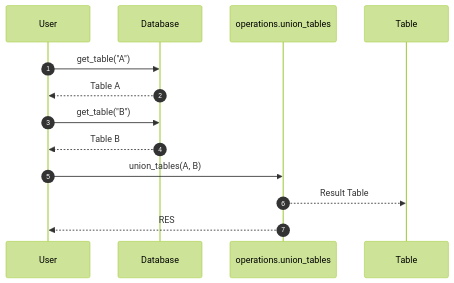
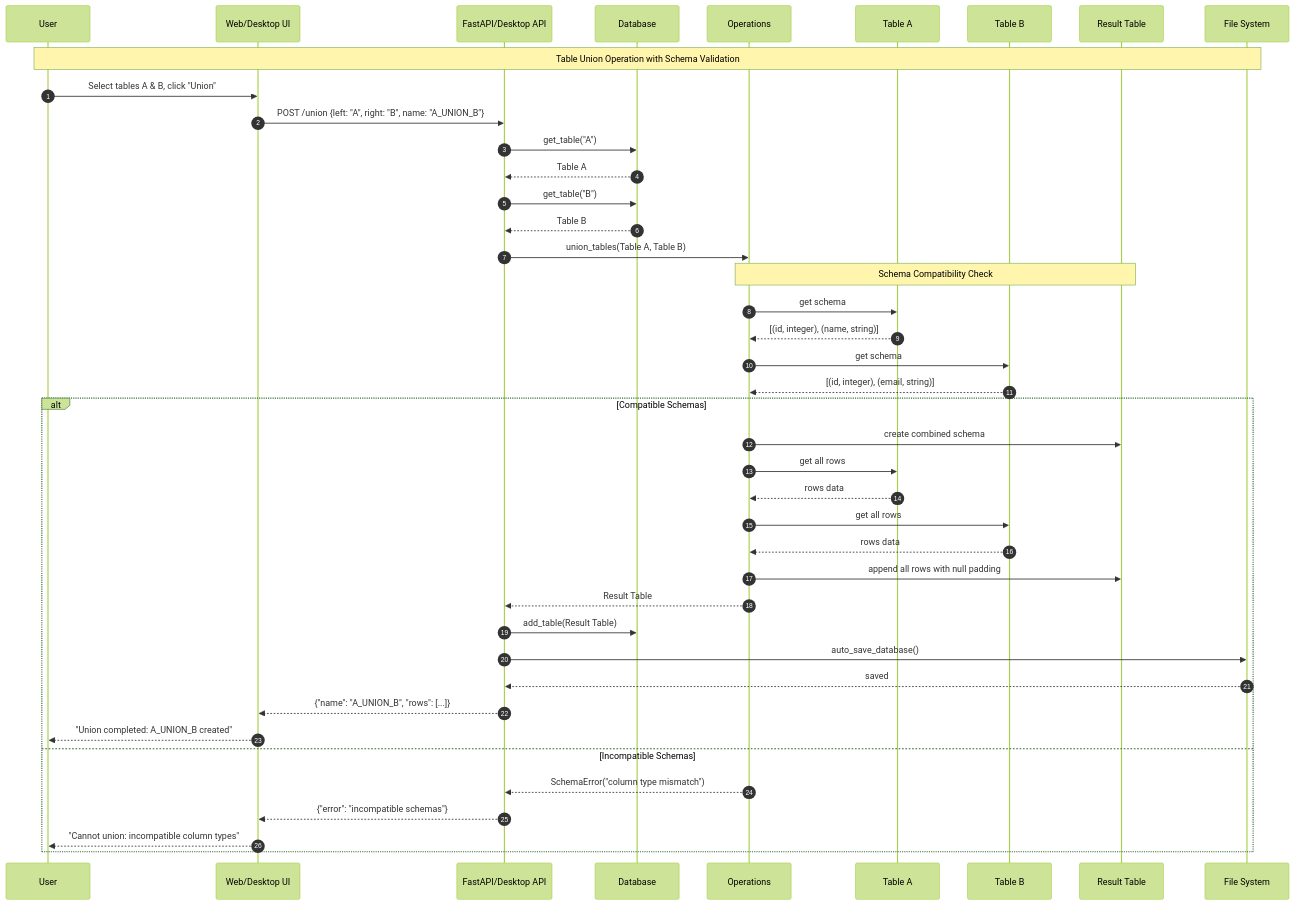
The diagram in docs/uml/sequence_union.mmd (PavelShpagin/TDMS), drawn with Mermaid (forest theme) before and after one commit. The commit also changed 31 other files, not shown here.

```diff
--- a/docs/uml/sequence_union.mmd
+++ b/docs/uml/sequence_union.mmd
@@ -1,14 +1,49 @@
 sequenceDiagram
     autonumber
     participant U as User
+    participant UI as Web/Desktop UI
+    participant API as FastAPI/Desktop API
     participant DB as Database
-    participant OP as operations.union_tables
-    participant RES as Table
+    participant OP as Operations
+    participant T1 as Table A
+    participant T2 as Table B
+    participant RT as Result Table
+    participant FS as File System
 
-    U->>DB: get_table("A")
-    DB-->>U: Table A
-    U->>DB: get_table("B")
-    DB-->>U: Table B
-    U->>OP: union_tables(A, B)
-    OP-->>RES: Result Table
-    OP-->>U: RES
+    Note over U,FS: Table Union Operation with Schema Validation
+
+    U->>UI: Select tables A & B, click "Union"
+    UI->>API: POST /union {left: "A", right: "B", name: "A_UNION_B"}
+    API->>DB: get_table("A")
+    DB-->>API: Table A
+    API->>DB: get_table("B") 
+    DB-->>API: Table B
+    
+    API->>OP: union_tables(Table A, Table B)
+    
+    Note over OP,RT: Schema Compatibility Check
+    OP->>T1: get schema
+    T1-->>OP: [(id, integer), (name, string)]
+    OP->>T2: get schema
+    T2-->>OP: [(id, integer), (email, string)]
+    
+    alt Compatible Schemas
+        OP->>RT: create combined schema
+        OP->>T1: get all rows
+        T1-->>OP: rows data
+        OP->>T2: get all rows  
+        T2-->>OP: rows data
+        OP->>RT: append all rows with null padding
+        OP-->>API: Result Table
+        
+        API->>DB: add_table(Result Table)
+        API->>FS: auto_save_database()
+        FS-->>API: saved
+        API-->>UI: {"name": "A_UNION_B", "rows": [...]}
+        UI-->>U: "Union completed: A_UNION_B created"
+        
+    else Incompatible Schemas
+        OP-->>API: SchemaError("column type mismatch")
+        API-->>UI: {"error": "incompatible schemas"}
+        UI-->>U: "Cannot union: incompatible column types"
+    end
```
